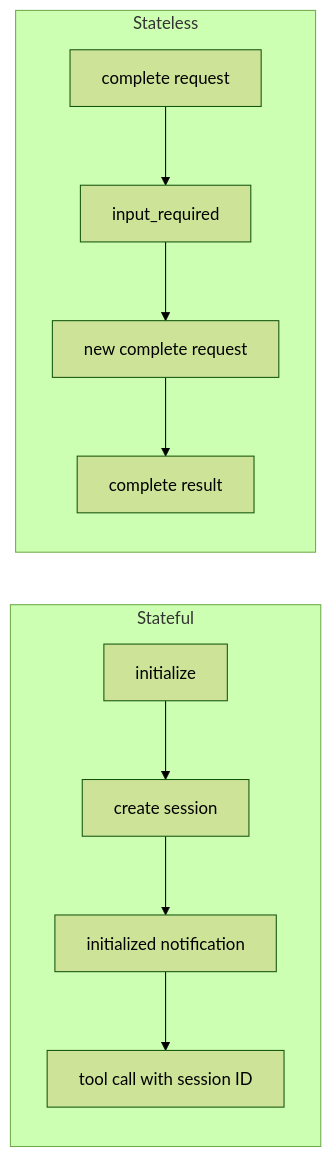
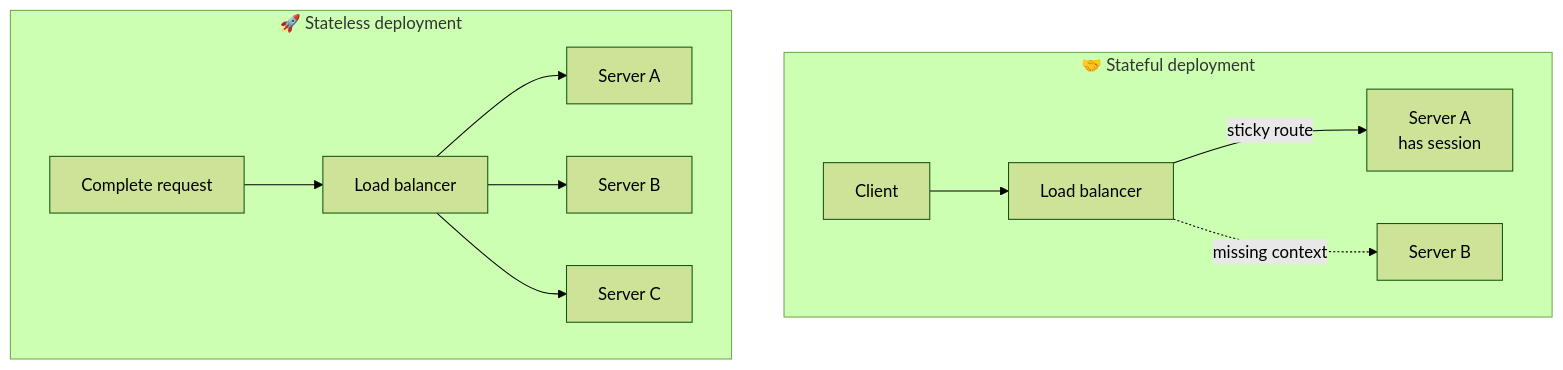
One commit to cakhiltej9001-source/stateless-mcp-python-demo changed the fifth of 5 diagrams in README.md. Above: the diagram before and after it, drawn with Mermaid (forest theme). The commit also changed other lines of this file, not shown here.

````diff
--- a/README.md
+++ b/README.md
@@ -112,14 +205,17 @@
 ```mermaid
-flowchart LR
-    subgraph Stateful
-        A[initialize] --> B[create session]
-        B --> C[initialized notification]
-        C --> D[tool call with session ID]
+flowchart TB
+    subgraph OLD[🤝 Stateful deployment]
+        direction LR
+        OC[Client] --> OLB[Load balancer]
+        OLB -->|sticky route| O1[Server A<br/>has session]
+        OLB -.->|missing context| O2[Server B]
     end
 
-    subgraph Stateless
-        E[complete request] --> F[input_required]
-        F --> G[new complete request]
-        G --> H[complete result]
+    subgraph NEW[🚀 Stateless deployment]
+        direction LR
+        NC[Complete request] --> NLB[Load balancer]
+        NLB --> N1[Server A]
+        NLB --> N2[Server B]
+        NLB --> N3[Server C]
     end
 ```
````
